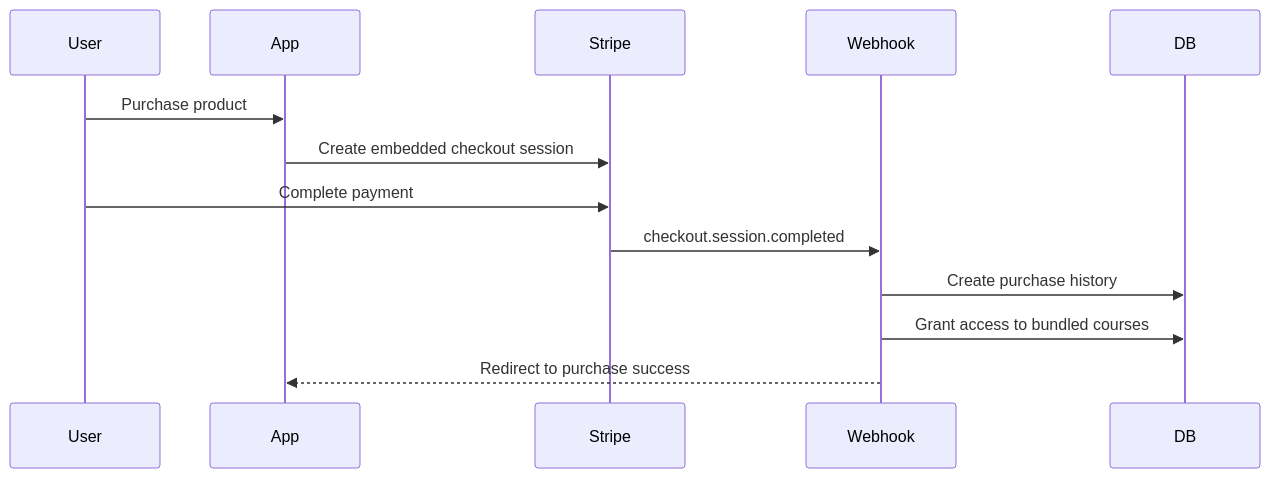
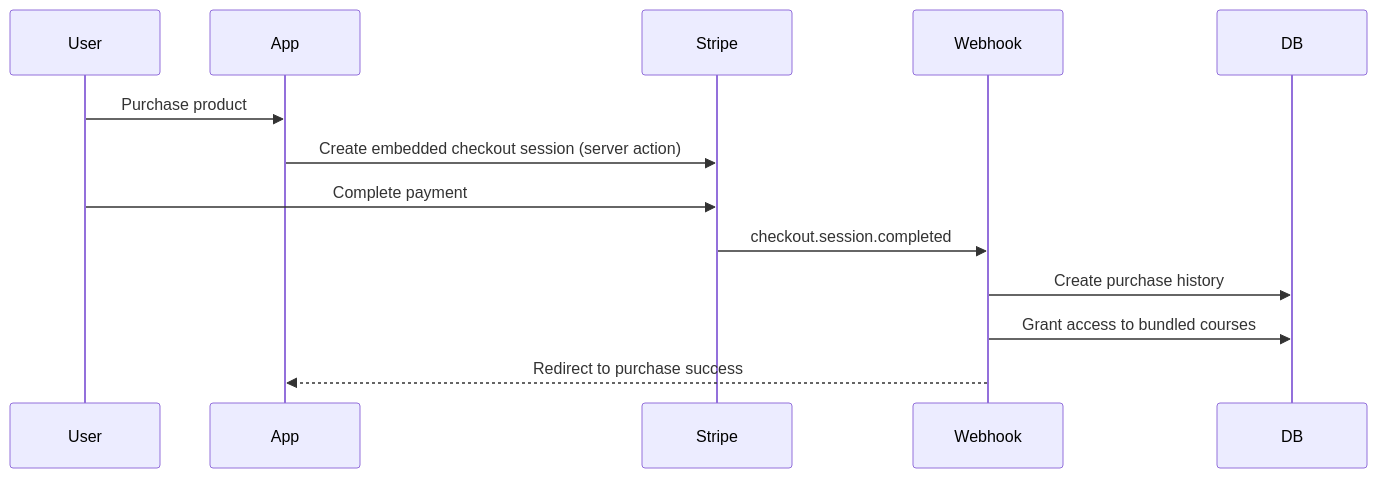
Before and after one commit to asif-kabir-emon/course-platform-app: the third of 4 diagrams in PROJECT_OVERVIEW.md, drawn with Mermaid. The commit also changed other lines of this file and 4 other files, not shown here.

````diff
--- a/PROJECT_OVERVIEW.md
+++ b/PROJECT_OVERVIEW.md
@@ -217,16 +250,16 @@
 ```mermaid
 sequenceDiagram
     participant User
     participant App
     participant Stripe
     participant Webhook
     participant DB
 
     User->>App: Purchase product
-    App->>Stripe: Create embedded checkout session
+    App->>Stripe: Create embedded checkout session (server action)
     User->>Stripe: Complete payment
     Stripe->>Webhook: checkout.session.completed
     Webhook->>DB: Create purchase history
     Webhook->>DB: Grant access to bundled courses
     Webhook-->>App: Redirect to purchase success
 ```
````
